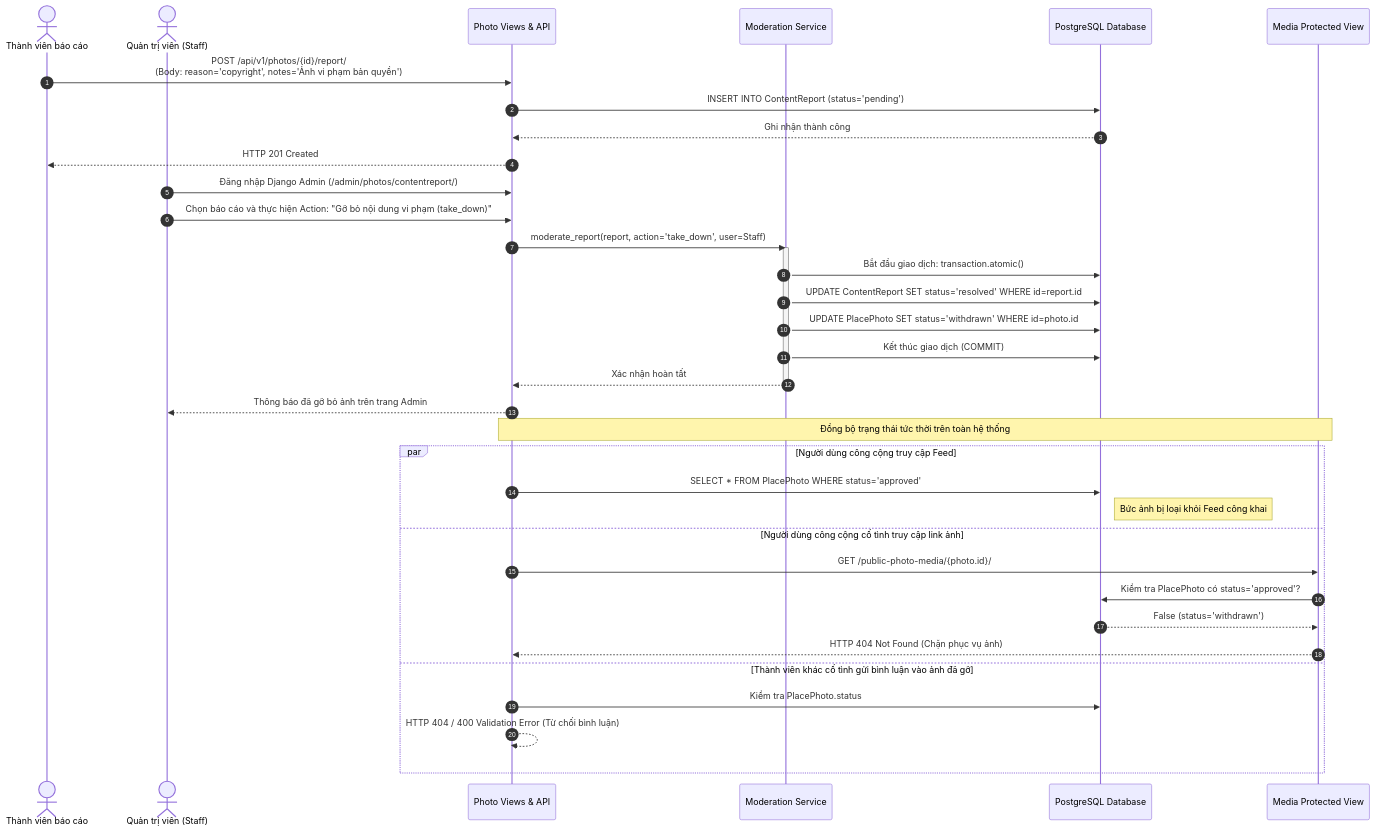
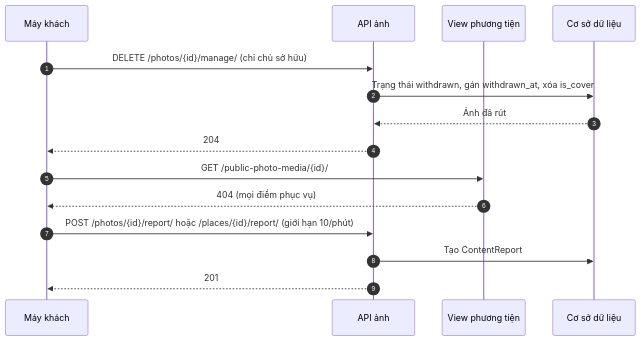
One commit to longqt321/Rendez-PBL6 changed diagram 16 of 24 in docs/report/bao-cao-pbl6.md. Above: the diagram before and after it, drawn with Mermaid. The commit also changed other lines of this file and 25 other files, not shown here.

````diff
--- a/docs/report/bao-cao-pbl6.md
+++ b/docs/report/bao-cao-pbl6.md
@@ -864,42 +703,17 @@
 ```mermaid
 sequenceDiagram
     autonumber
-    actor Reporter as Thành viên báo cáo
-    actor Staff as Quản trị viên (Staff)
-    participant API as Photo Views & API
-    participant Service as Moderation Service
-    participant DB as PostgreSQL Database
-    participant Media as Media Protected View
-
-    Reporter->>API: POST /api/v1/photos/{id}/report/<br/>(Body: reason='copyright', notes='Ảnh vi phạm bản quyền')
-    API->>DB: INSERT INTO ContentReport (status='pending')
-    DB-->>API: Ghi nhận thành công
-    API-->>Reporter: HTTP 201 Created
-
-    Staff->>API: Đăng nhập Django Admin (/admin/photos/contentreport/)
-    Staff->>API: Chọn báo cáo và thực hiện Action: "Gỡ bỏ nội dung vi phạm (take_down)"
-    API->>Service: moderate_report(report, action='take_down', user=Staff)
-
-    activate Service
-    Service->>DB: Bắt đầu giao dịch: transaction.atomic()
-    Service->>DB: UPDATE ContentReport SET status='resolved' WHERE id=report.id
-    Service->>DB: UPDATE PlacePhoto SET status='withdrawn' WHERE id=photo.id
-    Service->>DB: Kết thúc giao dịch (COMMIT)
-    Service-->>API: Xác nhận hoàn tất
-    deactivate Service
-    API-->>Staff: Thông báo đã gỡ bỏ ảnh trên trang Admin
-
-    Note over API,Media: Đồng bộ trạng thái tức thời trên toàn hệ thống
-    par Người dùng công cộng truy cập Feed
-        API->>DB: SELECT * FROM PlacePhoto WHERE status='approved'
-        Note right of DB: Bức ảnh bị loại khỏi Feed công khai
-    and Người dùng công cộng cố tình truy cập link ảnh
-        API->>Media: GET /public-photo-media/{photo.id}/
-        Media->>DB: Kiểm tra PlacePhoto có status='approved'?
-        DB-->>Media: False (status='withdrawn')
-        Media-->>API: HTTP 404 Not Found (Chặn phục vụ ảnh)
-    and Thành viên khác cố tình gửi bình luận vào ảnh đã gỡ
-        API->>DB: Kiểm tra PlacePhoto.status
-        API-->>API: HTTP 404 / 400 Validation Error (Từ chối bình luận)
-    end
+    participant C as Máy khách
+    participant A as API ảnh
+    participant M as View phương tiện
+    participant DB as Cơ sở dữ liệu
+    C->>A: DELETE /photos/{id}/manage/ (chỉ chủ sở hữu)
+    A->>DB: Trạng thái withdrawn, gán withdrawn_at, xóa is_cover
+    DB-->>A: Ảnh đã rút
+    A-->>C: 204
+    C->>M: GET /public-photo-media/{id}/
+    M-->>C: 404 (mọi điểm phục vụ)
+    C->>A: POST /photos/{id}/report/ hoặc /places/{id}/report/ (giới hạn 10/phút)
+    A->>DB: Tạo ContentReport
+    A-->>C: 201
 ```
````
